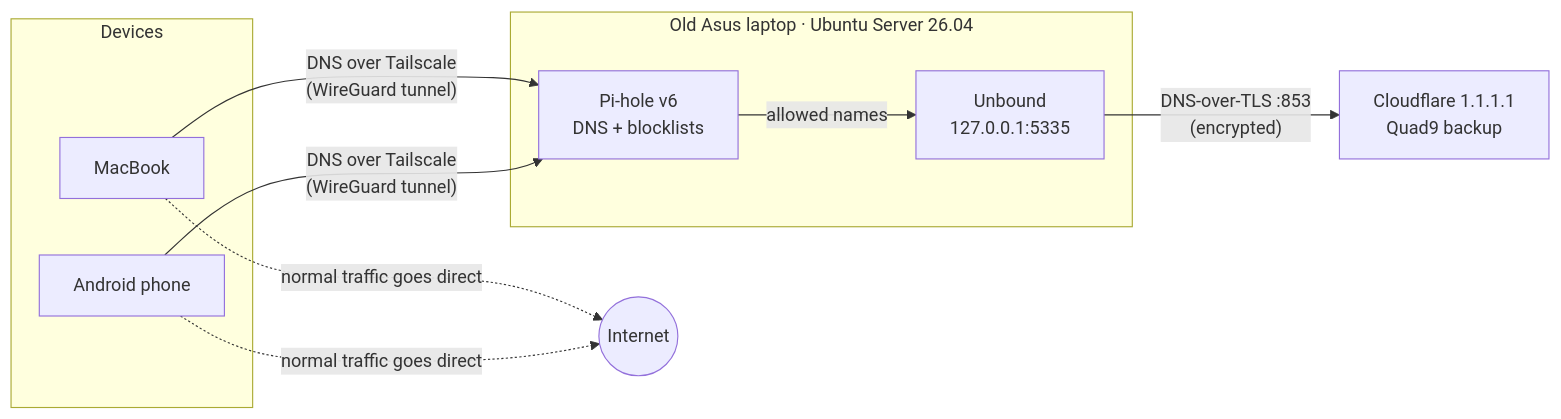
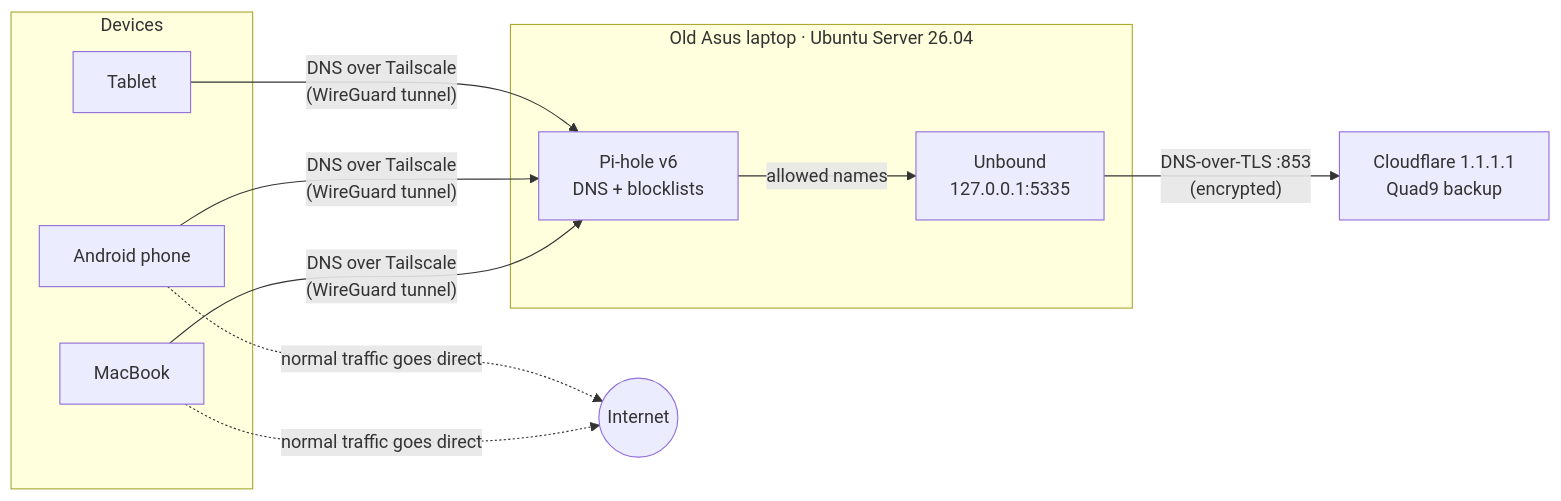
The diagram in README.md (Aameer-Khan/home-focus-switch), drawn with Mermaid before and after one commit. The commit also changed other lines of this file and 2 other files, not shown here.

First line of the commit message:
Block streaming sites and add tablet to the switch

````diff
--- a/README.md
+++ b/README.md
@@ -14,19 +14,21 @@
 ```mermaid
 flowchart LR
     subgraph Devices
         M[MacBook]
         P[Android phone]
+        T[Tablet]
     end
 
     subgraph Laptop["Old Asus laptop · Ubuntu Server 26.04"]
         PH[Pi-hole v6<br/>DNS + blocklists]
         UB[Unbound<br/>127.0.0.1:5335]
     end
 
     M -- "DNS over Tailscale<br/>(WireGuard tunnel)" --> PH
     P -- "DNS over Tailscale<br/>(WireGuard tunnel)" --> PH
+    T -- "DNS over Tailscale<br/>(WireGuard tunnel)" --> PH
     PH -- "allowed names" --> UB
     UB -- "DNS-over-TLS :853<br/>(encrypted)" --> U[Cloudflare 1.1.1.1<br/>Quad9 backup]
     M -. "normal traffic goes direct" .-> I((Internet))
     P -. "normal traffic goes direct" .-> I
 ```
````
